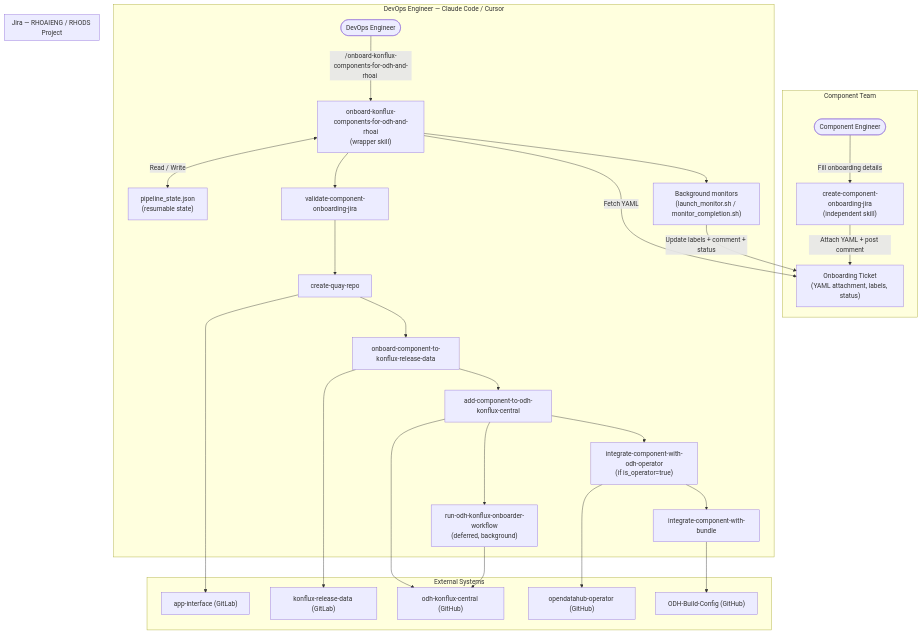
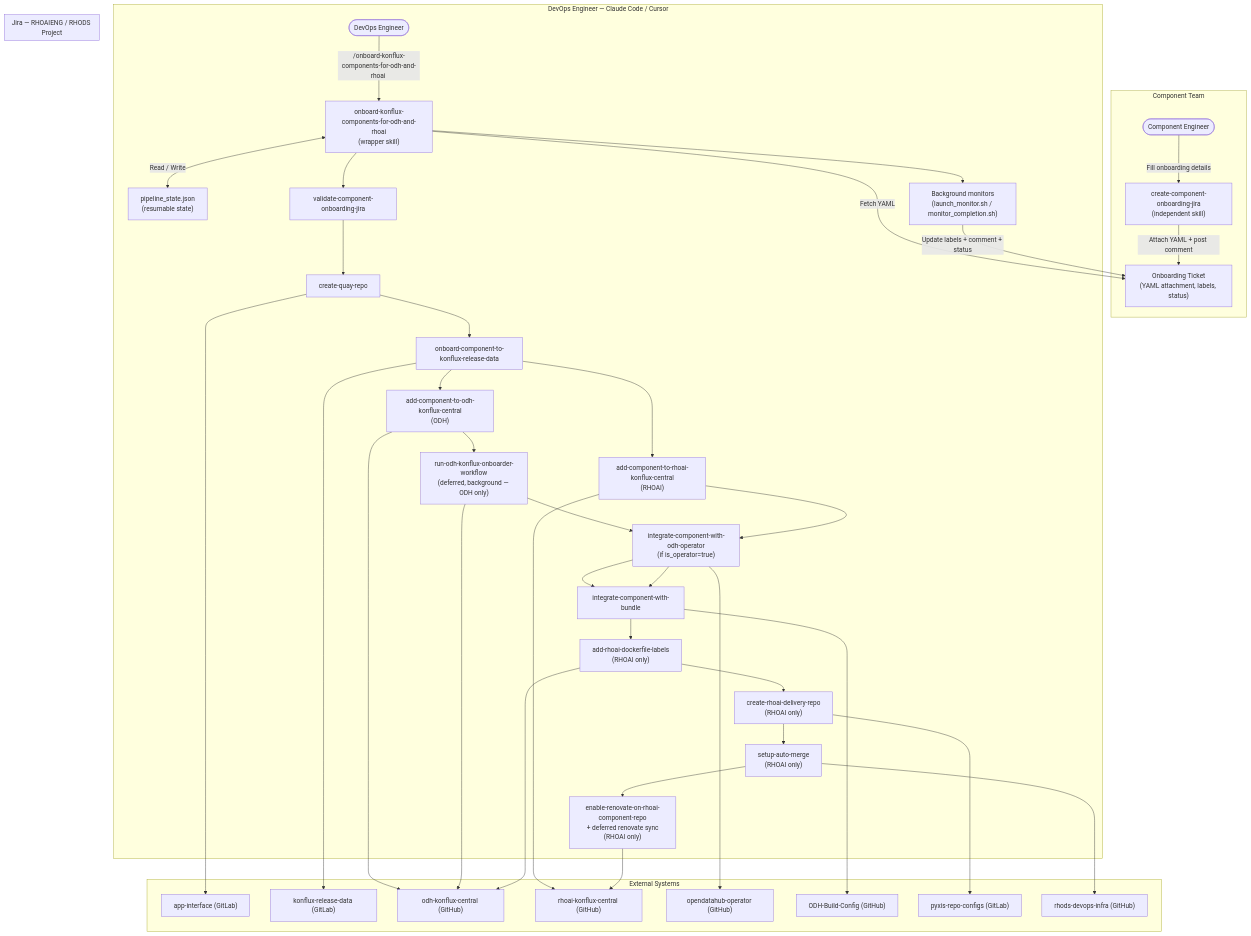
One commit to jstetina/aiops-infra changed the diagram in docs/rfds/odh-component-onboarding/cursor-skill-local-execution.md. Above: the diagram before and after it, drawn with Mermaid. The commit also changed other lines of this file, not shown here.

````diff
--- a/docs/rfds/odh-component-onboarding/cursor-skill-local-execution.md
+++ b/docs/rfds/odh-component-onboarding/cursor-skill-local-execution.md
@@ -71,51 +91,65 @@
 ```mermaid
 flowchart TD
     subgraph componentTeam [Component Team]
         CT([Component Engineer])
         createJira["create-component-onboarding-jira\n(independent skill)"]
         CT -->|"Fill onboarding details"| createJira
         createJira -->|"Attach YAML + post comment"| JiraTicket
     end
 
     subgraph devopsEngineer [DevOps Engineer — Claude Code / Cursor]
         Eng([DevOps Engineer])
         Wrapper["onboard-konflux-components-for-odh-and-rhoai\n(wrapper skill)"]
         State["pipeline_state.json\n(resumable state)"]
 
         S1["validate-component-onboarding-jira"]
         S2["create-quay-repo"]
         S3["onboard-component-to-konflux-release-data"]
-        S4["add-component-to-odh-konflux-central"]
-        S5["run-odh-konflux-onboarder-workflow\n(deferred, background)"]
+        S4ODH["add-component-to-odh-konflux-central\n(ODH)"]
+        S4RHOAI["add-component-to-rhoai-konflux-central\n(RHOAI)"]
+        S5["run-odh-konflux-onboarder-workflow\n(deferred, background — ODH only)"]
         S6["integrate-component-with-odh-operator\n(if is_operator=true)"]
         S7["integrate-component-with-bundle"]
+        S8["add-rhoai-dockerfile-labels\n(RHOAI only)"]
+        S9["create-rhoai-delivery-repo\n(RHOAI only)"]
+        S10["setup-auto-merge\n(RHOAI only)"]
+        S11["enable-renovate-on-rhoai-component-repo\n+ deferred renovate sync\n(RHOAI only)"]
         BG["Background monitors\n(launch_monitor.sh / monitor_completion.sh)"]
 
         Eng -->|"/onboard-konflux-components-for-odh-and-rhoai <jira-url>"| Wrapper
-        Wrapper --> S1 --> S2 --> S3 --> S4 --> S5
-        S4 --> S6 --> S7
+        Wrapper --> S1 --> S2 --> S3
+        S3 --> S4ODH --> S5 --> S6 --> S7
+        S3 --> S4RHOAI --> S6 --> S7 --> S8 --> S9 --> S10 --> S11
         Wrapper --> BG
         Wrapper <-->|"Read / Write"| State
     end
 
     subgraph jiraLayer [Jira — RHOAIENG / RHODS Project]
         JiraTicket["Onboarding Ticket\n(YAML attachment, labels, status)"]
     end
 
     subgraph externalSystems [External Systems]
         AppInterface["app-interface (GitLab)"]
         KonfluxRD["konflux-release-data (GitLab)"]
         ODHKonflux["odh-konflux-central (GitHub)"]
+        RHOAIKonflux["rhoai-konflux-central (GitHub)"]
         ODHOperator["opendatahub-operator (GitHub)"]
         ODHBC["ODH-Build-Config (GitHub)"]
+        PyxisRepo["pyxis-repo-configs (GitLab)"]
+        RHODSInfra["rhods-devops-infra (GitHub)"]
     end
 
     Wrapper -->|"Fetch YAML"| JiraTicket
     BG -->|"Update labels + comment + status"| JiraTicket
     S2 --> AppInterface
     S3 --> KonfluxRD
-    S4 --> ODHKonflux
+    S4ODH --> ODHKonflux
+    S4RHOAI --> RHOAIKonflux
     S5 --> ODHKonflux
     S6 --> ODHOperator
     S7 --> ODHBC
+    S8 --> ODHKonflux
+    S9 --> PyxisRepo
+    S10 --> RHODSInfra
+    S11 --> RHOAIKonflux
 ```
````
